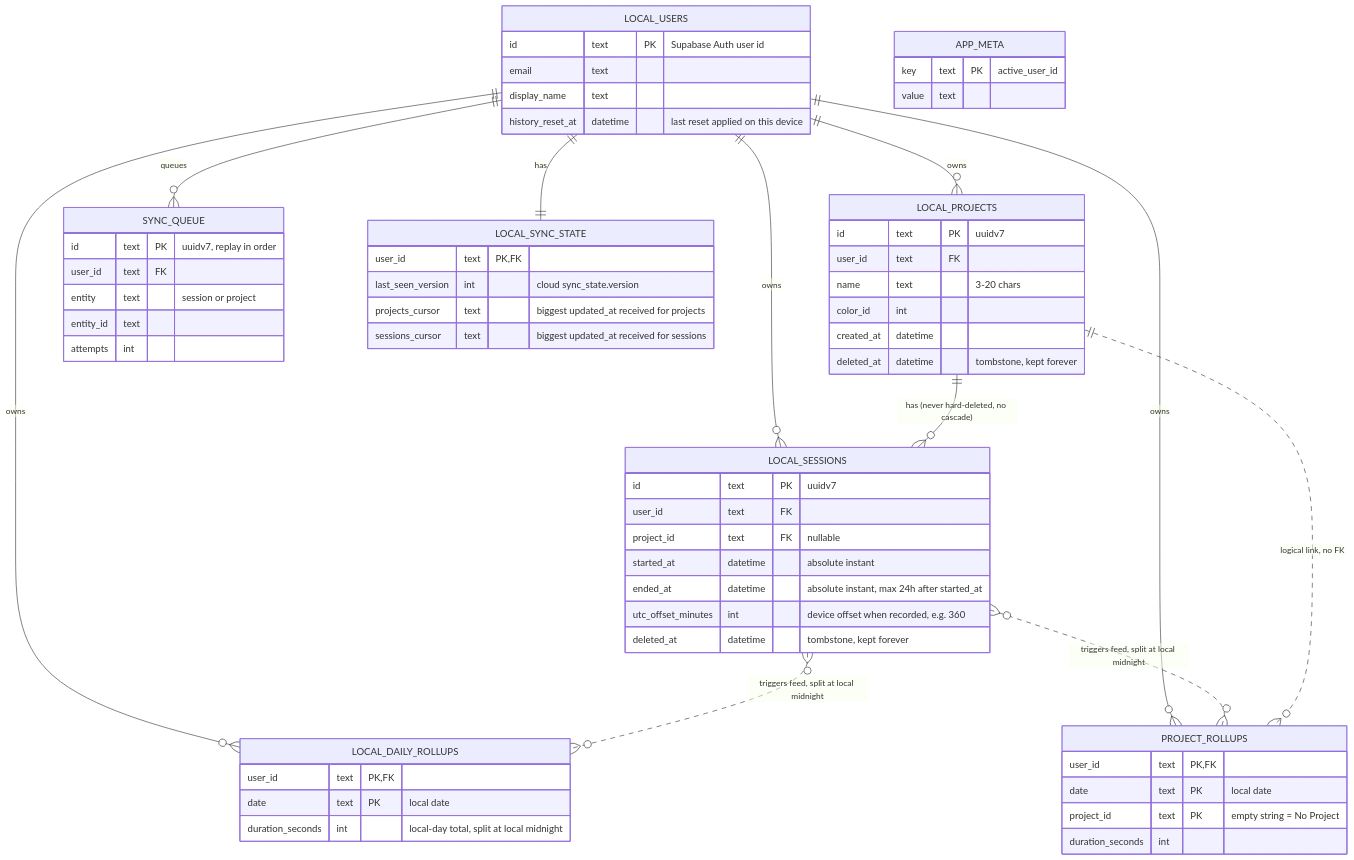
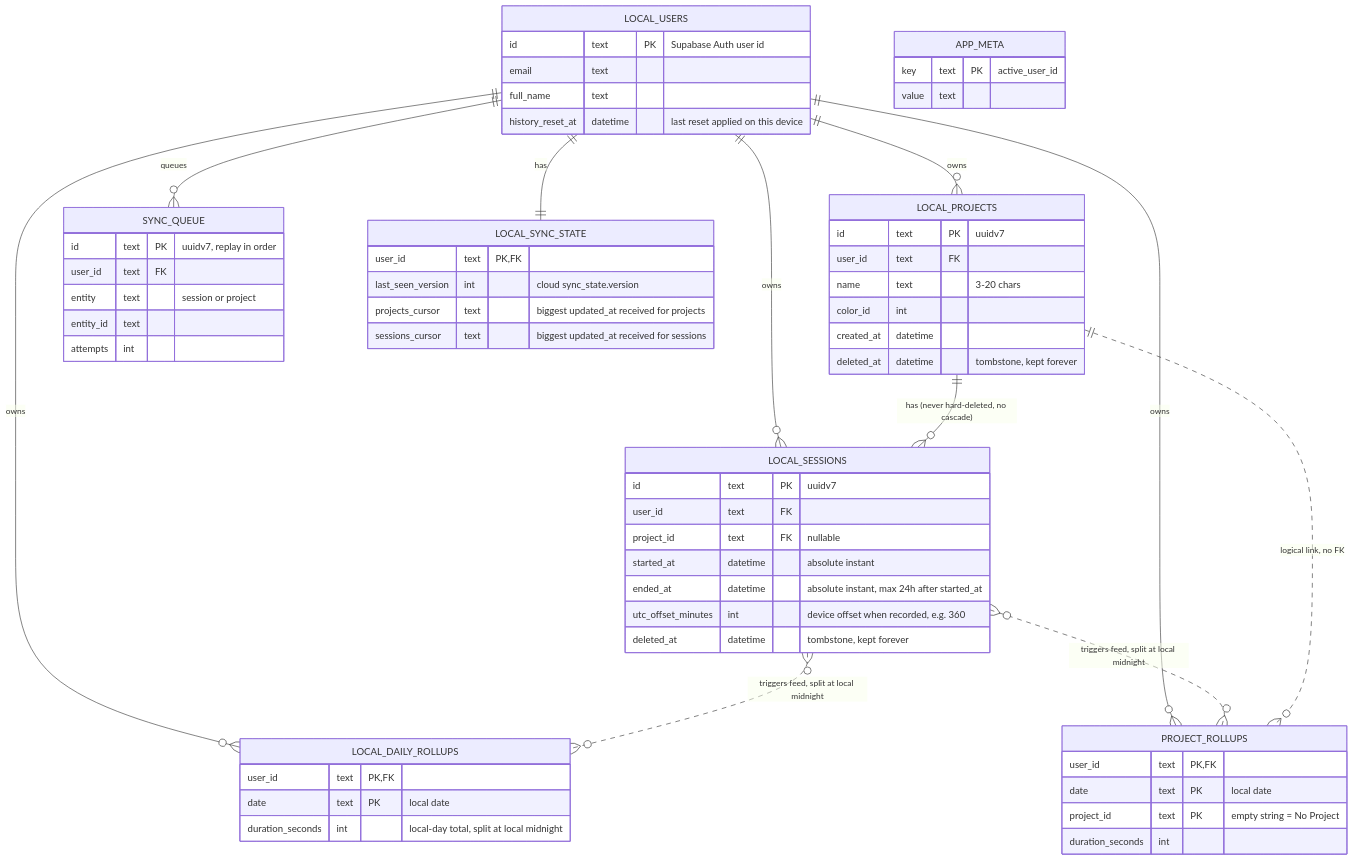
Before and after one commit to sardaar-niamotullah/tarkeez: the second of 3 diagrams in README.md, drawn with Mermaid. The commit also changed other lines of this file, not shown here.

````diff
--- a/README.md
+++ b/README.md
@@ -287,65 +287,65 @@
 ```mermaid
 erDiagram
   LOCAL_USERS ||--o{ LOCAL_PROJECTS : owns
   LOCAL_USERS ||--o{ LOCAL_SESSIONS : owns
   LOCAL_USERS ||--o{ LOCAL_DAILY_ROLLUPS : owns
   LOCAL_USERS ||--o{ PROJECT_ROLLUPS : owns
   LOCAL_USERS ||--o{ SYNC_QUEUE : queues
   LOCAL_USERS ||--|| LOCAL_SYNC_STATE : has
   LOCAL_PROJECTS ||--o{ LOCAL_SESSIONS : "has (never hard-deleted, no cascade)"
   LOCAL_SESSIONS }o..o{ LOCAL_DAILY_ROLLUPS : "triggers feed, split at local midnight"
   LOCAL_SESSIONS }o..o{ PROJECT_ROLLUPS : "triggers feed, split at local midnight"
   LOCAL_PROJECTS ||..o{ PROJECT_ROLLUPS : "logical link, no FK"
 
   LOCAL_USERS {
     id text PK "Supabase Auth user id"
     email text
-    display_name text
+    full_name text
     history_reset_at datetime "last reset applied on this device"
   }
   LOCAL_PROJECTS {
     id text PK "uuidv7"
     user_id text FK
     name text "3-20 chars"
     color_id int
     created_at datetime
     deleted_at datetime "tombstone, kept forever"
   }
   LOCAL_SESSIONS {
     id text PK "uuidv7"
     user_id text FK
     project_id text FK "nullable"
     started_at datetime "absolute instant"
     ended_at datetime "absolute instant, max 24h after started_at"
     utc_offset_minutes int "device offset when recorded, e.g. 360"
     deleted_at datetime "tombstone, kept forever"
   }
   LOCAL_DAILY_ROLLUPS {
     user_id text PK, FK
     date text PK "local date"
     duration_seconds int "local-day total, split at local midnight"
   }
   PROJECT_ROLLUPS {
     user_id text PK, FK
     date text PK "local date"
     project_id text PK "empty string = No Project"
     duration_seconds int
   }
   SYNC_QUEUE {
     id text PK "uuidv7, replay in order"
     user_id text FK
     entity text "session or project"
     entity_id text
     attempts int
   }
   LOCAL_SYNC_STATE {
     user_id text PK, FK
     last_seen_version int "cloud sync_state.version"
     projects_cursor text "biggest updated_at received for projects"
     sessions_cursor text "biggest updated_at received for sessions"
   }
   APP_META {
     key text PK "active_user_id"
     value text
   }
 ```
````
